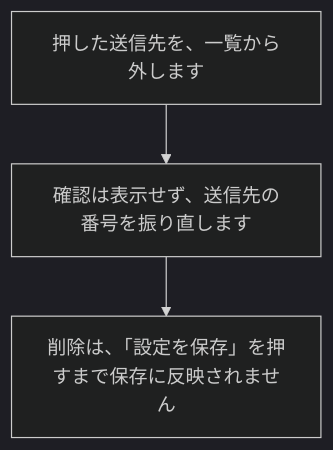
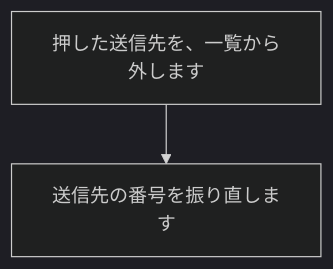
The eighth of 34 diagrams in tool/smstokintone/doc/02_設計/処理フロー.md (nishida2073/project_management), drawn with Mermaid (dark theme) before and after one commit. The commit also changed other lines of this file and 5 other files, not shown here.

````diff
--- a/tool/smstokintone/doc/02_設計/処理フロー.md
+++ b/tool/smstokintone/doc/02_設計/処理フロー.md
@@ -140,5 +137,4 @@
 ```mermaid
 flowchart TD
-  A["押した送信先を、一覧から外します"] --> B["確認は表示せず、送信先の番号を振り直します"]
-  B --> C["削除は、「設定を保存」を押すまで保存に反映されません"]
+  A["押した送信先を、一覧から外します"] --> B["送信先の番号を振り直します"]
 ```
````
